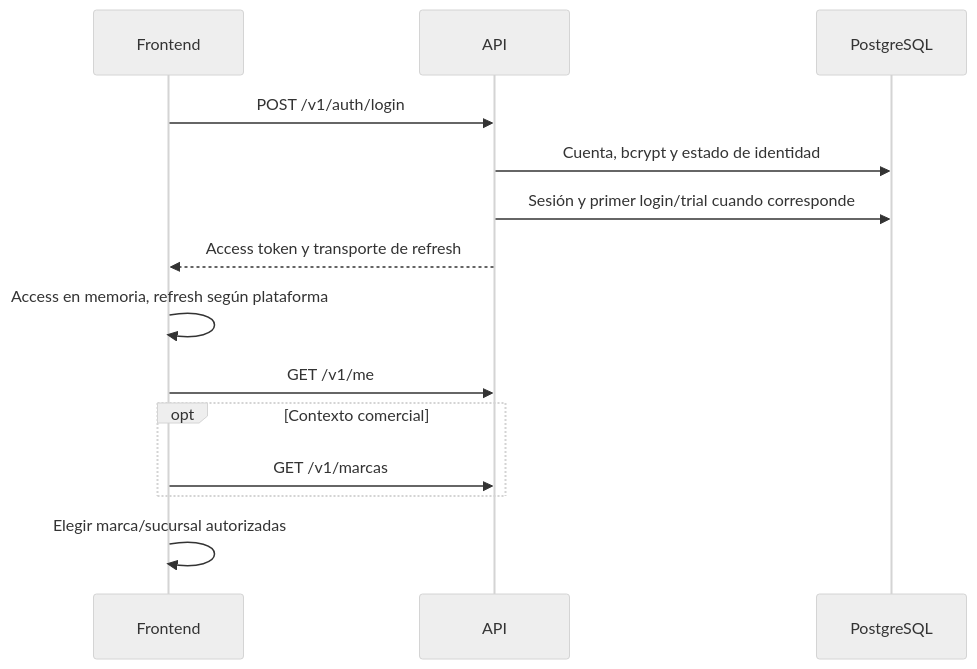
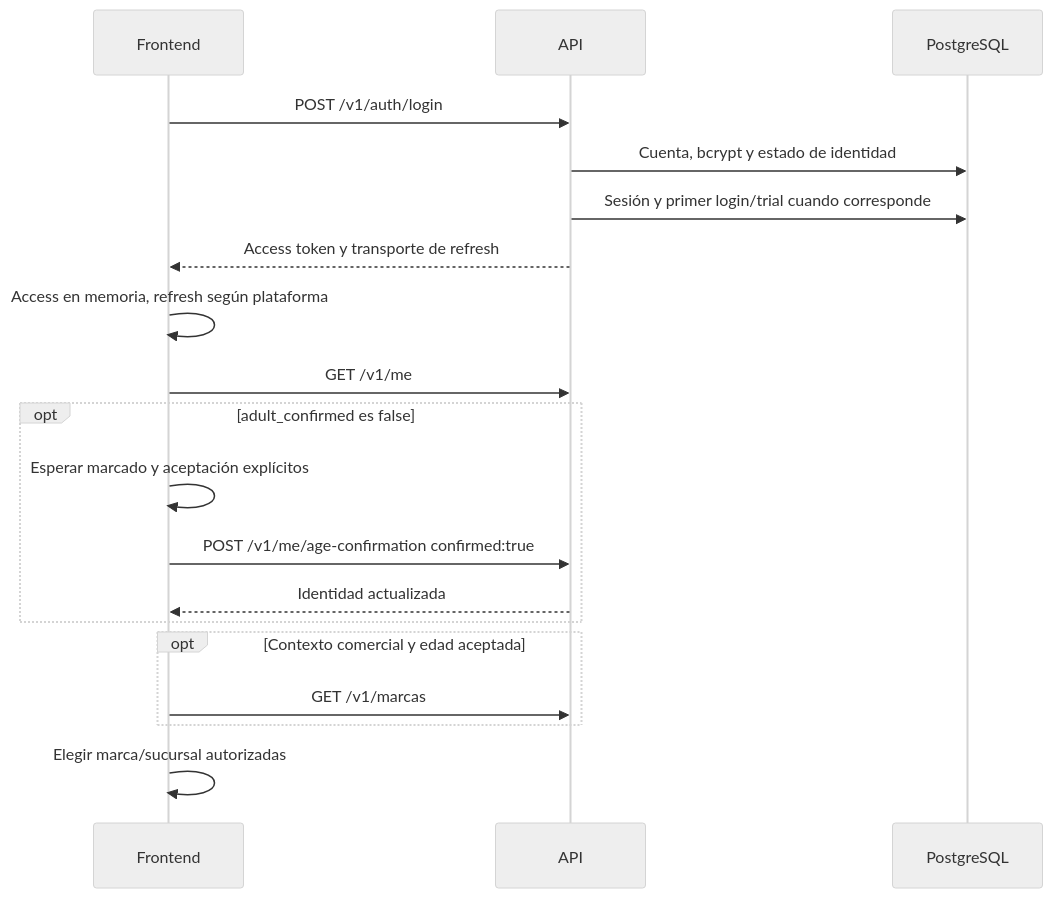
Before and after one commit to gagonzalez1/puntazo-docs: the diagram in docs/sequences/02-login.md, drawn with Mermaid (neutral theme). The commit also changed other lines of this file and 8 other files, not shown here.

````diff
--- a/docs/sequences/02-login.md
+++ b/docs/sequences/02-login.md
@@ -17,16 +17,21 @@
 ```mermaid
 sequenceDiagram
  participant F as Frontend
  participant A as API
  participant P as PostgreSQL
  F->>A: POST /v1/auth/login
  A->>P: Cuenta, bcrypt y estado de identidad
  A->>P: Sesión y primer login/trial cuando corresponde
  A-->>F: Access token y transporte de refresh
  F->>F: Access en memoria, refresh según plataforma
  F->>A: GET /v1/me
- opt Contexto comercial
+ opt adult_confirmed es false
+ F->>F: Esperar marcado y aceptación explícitos
+ F->>A: POST /v1/me/age-confirmation confirmed:true
+ A-->>F: Identidad actualizada
+ end
+ opt Contexto comercial y edad aceptada
  F->>A: GET /v1/marcas
  end
  F->>F: Elegir marca/sucursal autorizadas
 ```
````
